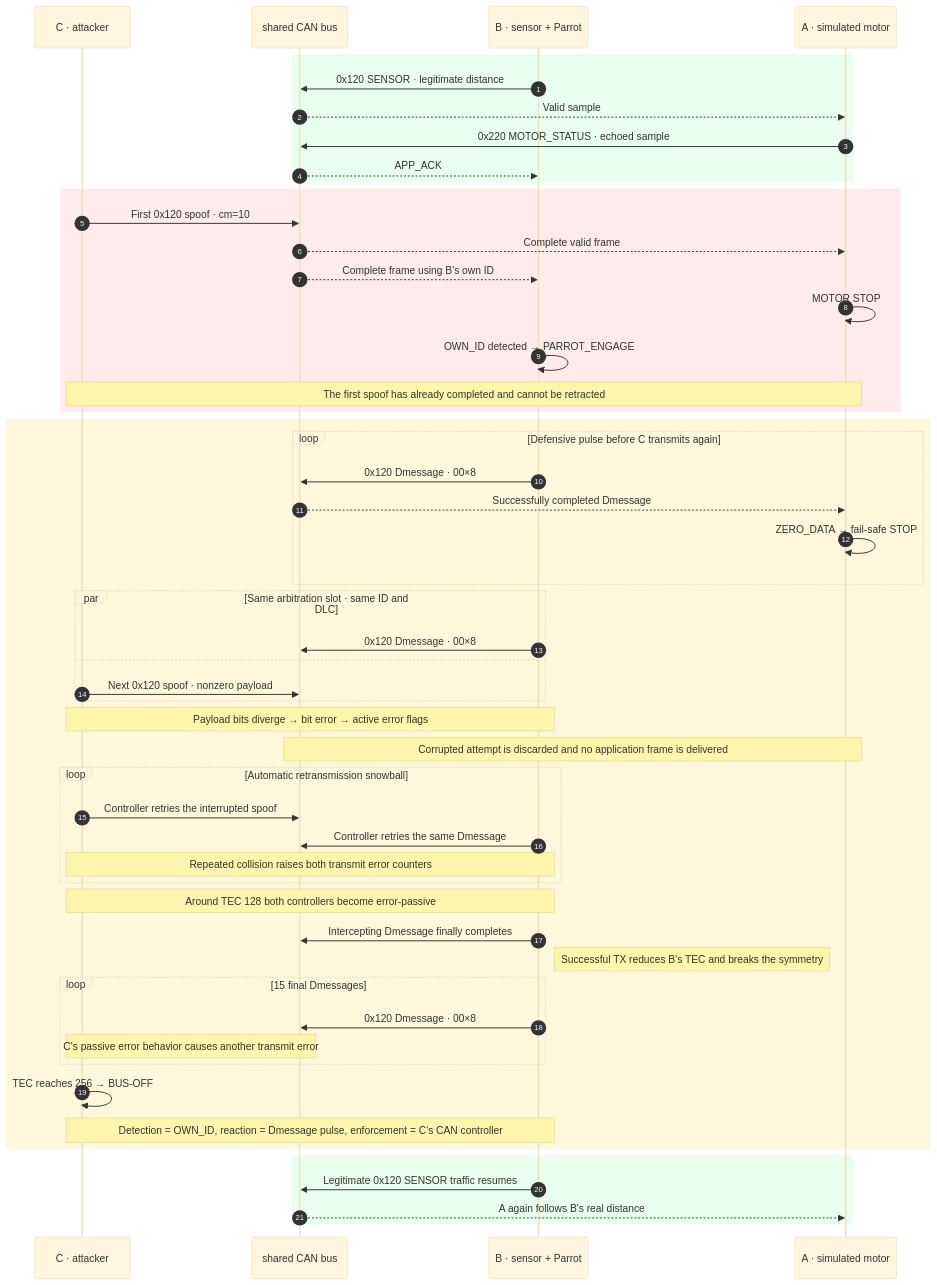
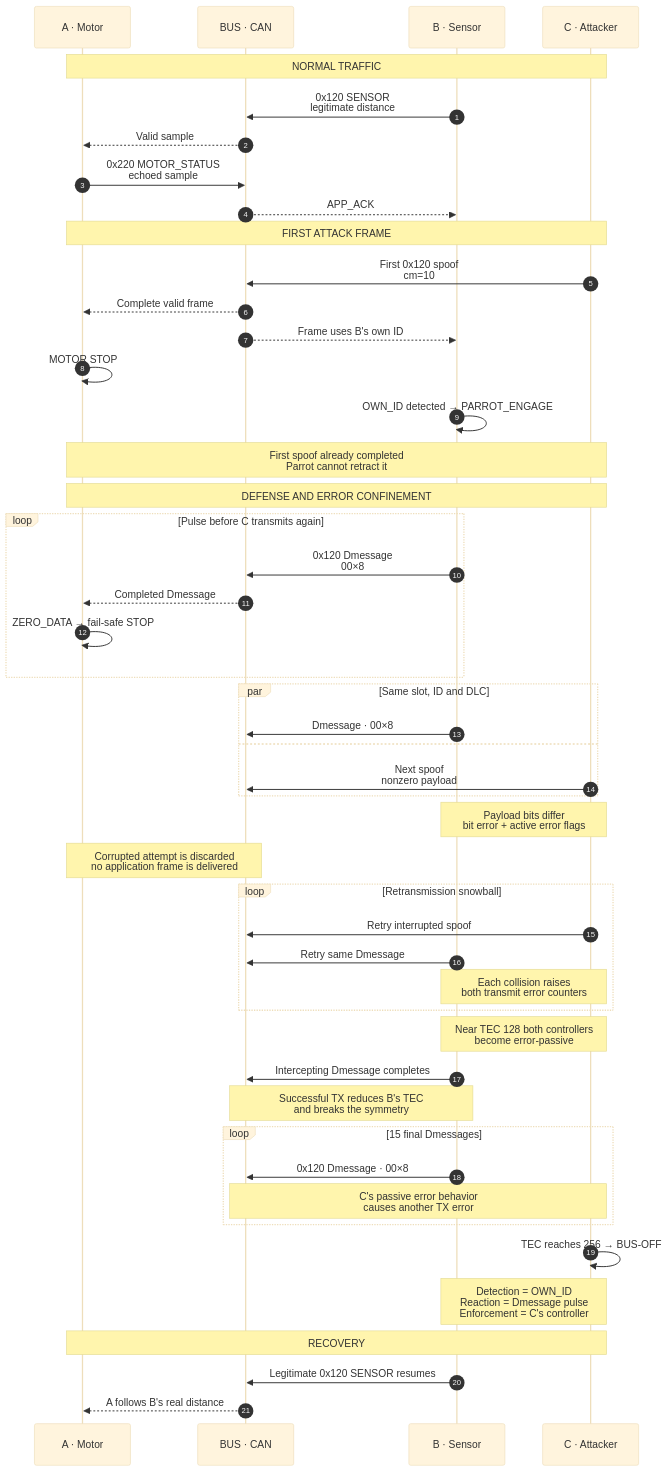
One commit to sadrobot69/Paper-Perishes-Parrot changed the third of 6 diagrams in README.md. Above: the diagram before and after it, drawn with Mermaid (base theme). The commit also changed other lines of this file, not shown here.

Commit message:
Cambio de color en los diagramas

````diff
--- a/README.md
+++ b/README.md
@@ -166,62 +155,58 @@
 ```mermaid
 sequenceDiagram
     autonumber
-    participant C as C · attacker
-    participant CAN as shared CAN bus
-    participant B as B · sensor + Parrot
-    participant A as A · simulated motor
+    participant A as A · Motor
+    participant BUS as BUS · CAN
+    participant B as B · Sensor
+    participant C as C · Attacker
 
-    rect rgb(232, 255, 239)
-        B->>CAN: 0x120 SENSOR · legitimate distance
-        CAN-->>A: Valid sample
-        A->>CAN: 0x220 MOTOR_STATUS · echoed sample
-        CAN-->>B: APP_ACK
+    Note over A,C: NORMAL TRAFFIC
+    B->>BUS: 0x120 SENSOR<br/>legitimate distance
+    BUS-->>A: Valid sample
+    A->>BUS: 0x220 MOTOR_STATUS<br/>echoed sample
+    BUS-->>B: APP_ACK
+
+    Note over A,C: FIRST ATTACK FRAME
+    C->>BUS: First 0x120 spoof<br/>cm=10
+    BUS-->>A: Complete valid frame
+    BUS-->>B: Frame uses B's own ID
+    A->>A: MOTOR STOP
+    B->>B: OWN_ID detected → PARROT_ENGAGE
+    Note over A,C: First spoof already completed<br/>Parrot cannot retract it
+
+    Note over A,C: DEFENSE AND ERROR CONFINEMENT
+    loop Pulse before C transmits again
+        B->>BUS: 0x120 Dmessage<br/>00×8
+        BUS-->>A: Completed Dmessage
+        A->>A: ZERO_DATA → fail-safe STOP
     end
 
-    rect rgb(255, 235, 235)
-        C->>CAN: First 0x120 spoof · cm=10
-        CAN-->>A: Complete valid frame
-        CAN-->>B: Complete frame using B's own ID
-        A->>A: MOTOR STOP
-        B->>B: OWN_ID detected → PARROT_ENGAGE
-        Note over C,A: The first spoof has already completed and cannot be retracted
+    par Same slot, ID and DLC
+        B->>BUS: Dmessage · 00×8
+    and
+        C->>BUS: Next spoof<br/>nonzero payload
+    end
+    Note over B,C: Payload bits differ<br/>bit error + active error flags
+    Note over A,BUS: Corrupted attempt is discarded<br/>no application frame is delivered
+
+    loop Retransmission snowball
+        C->>BUS: Retry interrupted spoof
+        B->>BUS: Retry same Dmessage
+        Note over B,C: Each collision raises<br/>both transmit error counters
     end
 
-    rect rgb(255, 247, 220)
-        loop Defensive pulse before C transmits again
-            B->>CAN: 0x120 Dmessage · 00×8
-            CAN-->>A: Successfully completed Dmessage
-            A->>A: ZERO_DATA → fail-safe STOP
-        end
+    Note over B,C: Near TEC 128 both controllers<br/>become error-passive
+    B->>BUS: Intercepting Dmessage completes
+    Note over BUS,B: Successful TX reduces B's TEC<br/>and breaks the symmetry
 
-        par Same arbitration slot · same ID and DLC
-            B->>CAN: 0x120 Dmessage · 00×8
-        and
-            C->>CAN: Next 0x120 spoof · nonzero payload
-        end
-        Note over C,B: Payload bits diverge → bit error → active error flags
-        Note over CAN,A: Corrupted attempt is discarded and no application frame is delivered
+    loop 15 final Dmessages
+        B->>BUS: 0x120 Dmessage · 00×8
+        Note over BUS,C: C's passive error behavior<br/>causes another TX error
+    end
+    C->>C: TEC reaches 256 → BUS-OFF
+    Note over B,C: Detection = OWN_ID<br/>Reaction = Dmessage pulse<br/>Enforcement = C's controller
 
-        loop Automatic retransmission snowball
-            C->>CAN: Controller retries the interrupted spoof
-            B->>CAN: Controller retries the same Dmessage
-            Note over C,B: Repeated collision raises both transmit error counters
-        end
-
-        Note over C,B: Around TEC 128 both controllers become error-passive
-        B->>CAN: Intercepting Dmessage finally completes
-        Note right of B: Successful TX reduces B's TEC and breaks the symmetry
-
-        loop 15 final Dmessages
-            B->>CAN: 0x120 Dmessage · 00×8
-            Note over C,CAN: C's passive error behavior causes another transmit error
-        end
-        C->>C: TEC reaches 256 → BUS-OFF
-        Note over B,C: Detection = OWN_ID, reaction = Dmessage pulse, enforcement = C's CAN controller
-    end
-
-    rect rgb(232, 255, 239)
-        B->>CAN: Legitimate 0x120 SENSOR traffic resumes
-        CAN-->>A: A again follows B's real distance
-    end
+    Note over A,C: RECOVERY
+    B->>BUS: Legitimate 0x120 SENSOR resumes
+    BUS-->>A: A follows B's real distance
 ```
````
